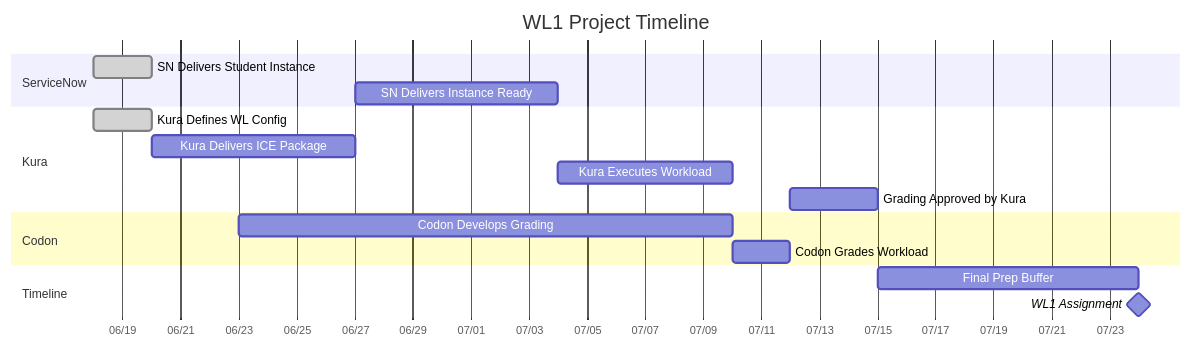
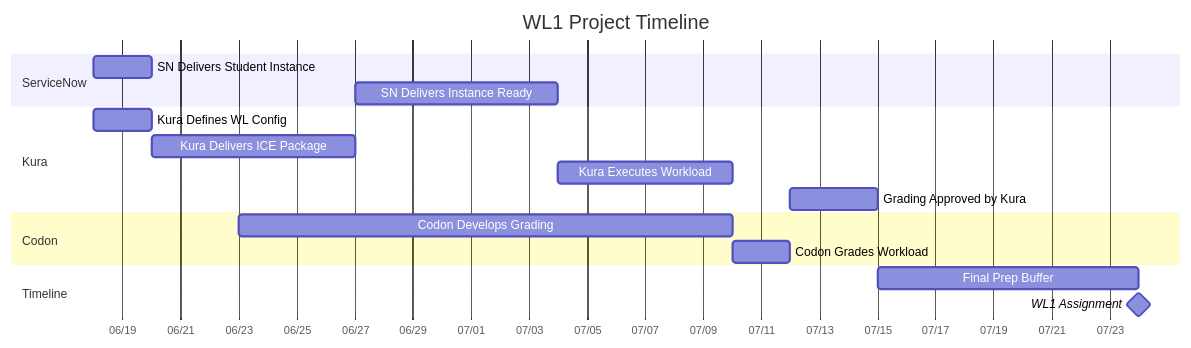
One commit to elmorenox/wl1_mermaid changed the diagram in readme.md. Above: the diagram before and after it, drawn with Mermaid. The commit also changed other lines of this file, not shown here.

````diff
--- a/readme.md
+++ b/readme.md
@@ -5,24 +5,24 @@
 ```mermaid
 gantt
     title WL1 Project Timeline
     dateFormat YYYY-MM-DD
     axisFormat %m/%d
     
     section ServiceNow
-    SN Delivers Student Instance          :done, sn1, 2025-06-18, 2025-06-20
+    SN Delivers Student Instance          :sn1, 2025-06-18, 2025-06-20
     SN Delivers Instance Ready            :sn3, after k2, 7d
     
     section Kura
-    Kura Defines WL Config                :done, k5, 2025-06-18, 2025-06-20
+    Kura Defines WL Config                :k5, 2025-06-18, 2025-06-20
     Kura Delivers ICE Package             :k2, after sn1, 7d
     Kura Executes Workload                :k4, after sn3, 6d
     Grading Approved by Kura              :k8, after c7, 3d
     
     section Codon
     Codon Develops Grading                :c6, 2025-06-23, 2025-07-10
     Codon Grades Workload                 :c7, after k4, 2d
     
     section Timeline
     Final Prep Buffer                     :buffer, after k8, 9d
     WL1 Assignment                        :milestone, assign, 2025-07-24, 0d
 ```
````
